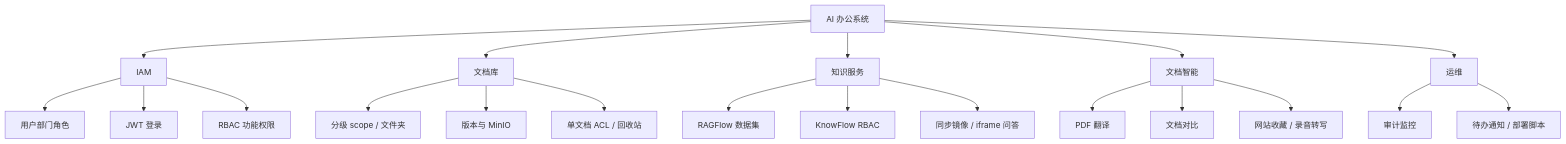
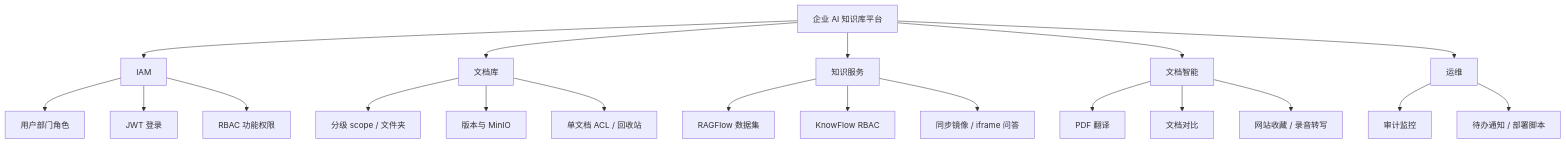
One commit to zhibinQiu/benxi changed the seventh of 16 diagrams in docs/zh/development/system-architecture-overview.md. Above: the diagram before and after it, drawn with Mermaid. The commit also changed other lines of this file and 88 other files, not shown here.

````diff
--- a/docs/zh/development/system-architecture-overview.md
+++ b/docs/zh/development/system-architecture-overview.md
@@ -230,23 +230,23 @@
 ```mermaid
 flowchart TB
-  root[AI 办公系统]
+  root[企业 AI 知识库平台]
   root --> IAM[IAM]
   root --> DOC[文档库]
   root --> KB[知识服务]
   root --> AI[文档智能]
   root --> OPS[运维]
   IAM --> IAM1[用户部门角色]
   IAM --> IAM2[JWT 登录]
   IAM --> IAM3[RBAC 功能权限]
   DOC --> DOC1[分级 scope / 文件夹]
   DOC --> DOC2[版本与 MinIO]
   DOC --> DOC3[单文档 ACL / 回收站]
   KB --> KB1[RAGFlow 数据集]
   KB --> KB2[KnowFlow RBAC]
   KB --> KB3[同步镜像 / iframe 问答]
   AI --> AI1[PDF 翻译]
   AI --> AI2[文档对比]
   AI --> AI3[网站收藏 / 录音转写]
   OPS --> OPS1[审计监控]
   OPS --> OPS2[待办通知 / 部署脚本]
 ```
````
